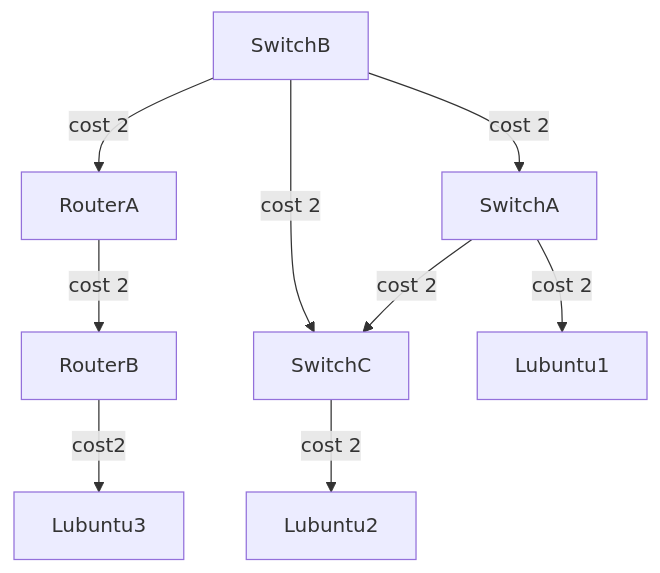
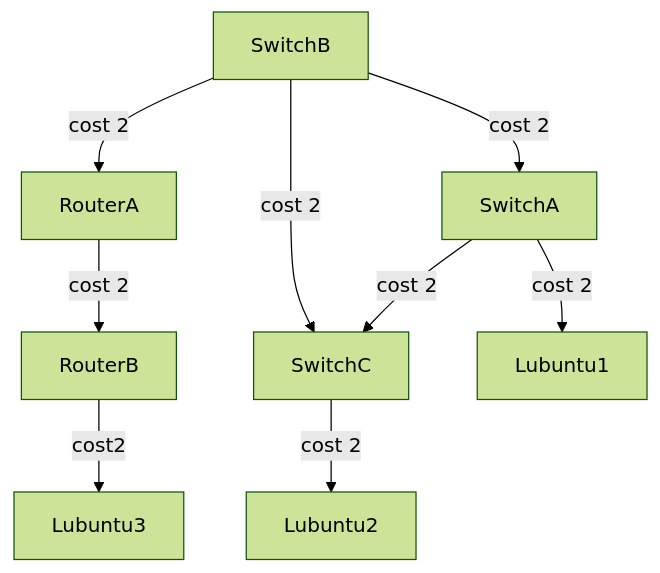
Before and after one commit to Kjersheim/DataNetworksIntro2023: the diagram in documentation/E07.md, drawn with Mermaid. The commit also changed other lines of this file, not shown here.

Commit message:
E07 Path cost

````diff
--- a/documentation/E07.md
+++ b/documentation/E07.md
@@ -420,12 +420,13 @@
-	```mermaid
-	graph TD;
-		SwitchB-- cost 2 -->RouterA
-		RouterA-- cost 2-->RouterB
-		RouterB-- cost2-->Lubuntu3
-		SwitchB-- cost 2-->SwitchA;
-		SwitchB-- cost 2-->SwitchC;
-		SwitchA-- cost 2-->SwitchC;
-		SwitchA-- cost 2-->Lubuntu1;
-		SwitchC-- cost 2-->Lubuntu2;
+```mermaid
+%%{init: {'theme': 'forest', "flowchart" : { "curve" : "basis" } } }%%
+graph TD;
+	SwitchB-- cost 2 -->RouterA
+	RouterA-- cost 2-->RouterB
+	RouterB-- cost2-->Lubuntu3
+	SwitchB-- cost 2-->SwitchA;
+	SwitchB-- cost 2-->SwitchC;
+	SwitchA-- cost 2-->SwitchC;
+	SwitchA-- cost 2-->Lubuntu1;
+	SwitchC-- cost 2-->Lubuntu2;
 
-	```
+```
````
